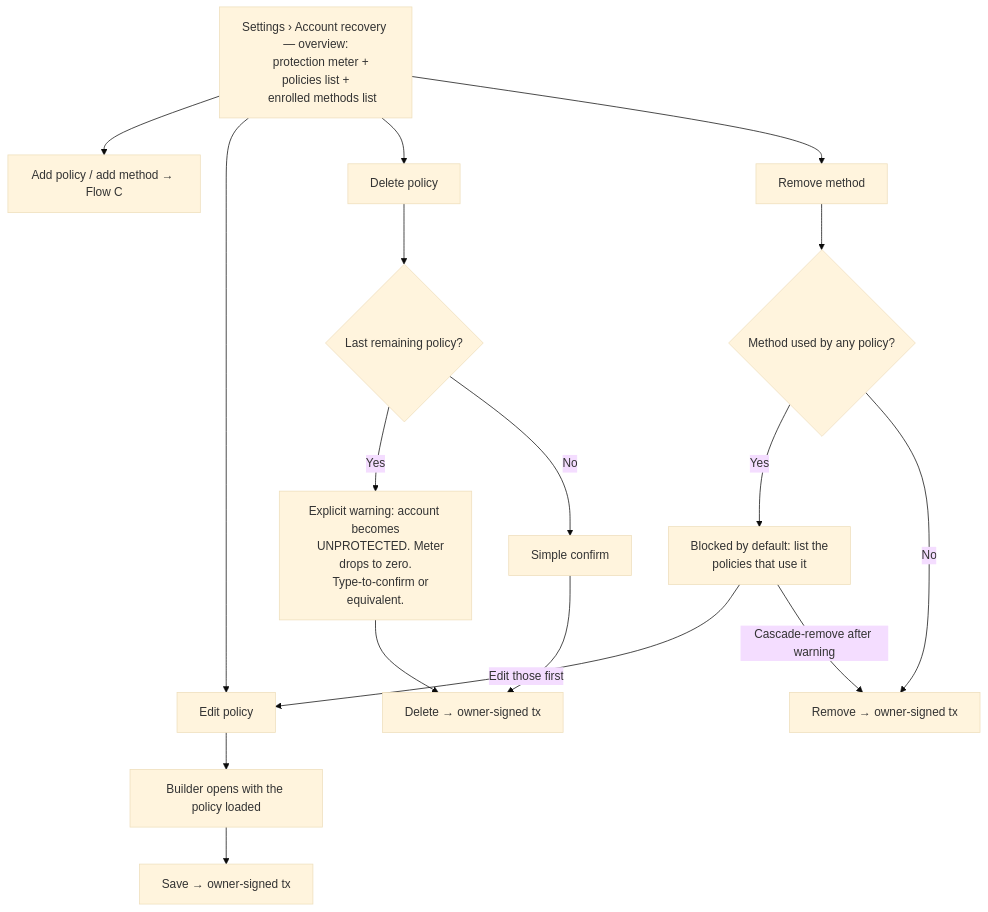
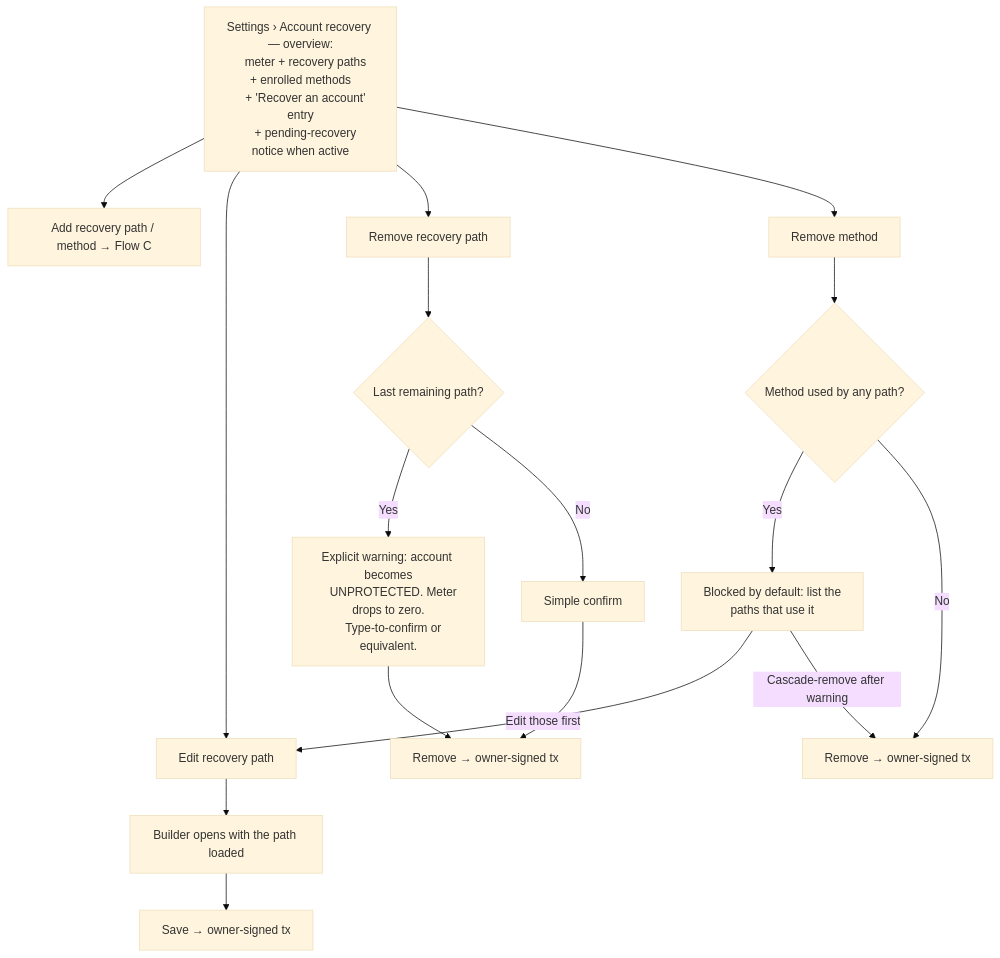
The tenth of 10 diagrams in social-recovery-ux-flows.md (FiboAtWonder/kohaku-extension), drawn with Mermaid (base theme) before and after one commit. The commit also changed other lines of this file, not shown here.

Commit message:
docs: apply approved 6-perspective review fixes to social recovery UX flows

````diff
--- a/social-recovery-ux-flows.md
+++ b/social-recovery-ux-flows.md
@@ -327,27 +449,28 @@
 ```mermaid
 flowchart TD
     A["Settings › Account recovery — overview:
-    protection meter + policies list +
-    enrolled methods list"] --> B[Add policy / add method → Flow C]
-    A --> C[Edit policy]
-    A --> D[Delete policy]
+    meter + recovery paths + enrolled methods
+    + 'Recover an account' entry
+    + pending-recovery notice when active"] --> B[Add recovery path / method → Flow C]
+    A --> C[Edit recovery path]
+    A --> D[Remove recovery path]
     A --> E[Remove method]
 
-    C --> C1[Builder opens with the policy loaded]
+    C --> C1[Builder opens with the path loaded]
     C1 --> C2[Save → owner-signed tx]
 
-    D --> D1{Last remaining policy?}
+    D --> D1{"Last remaining path?"}
     D1 -- Yes --> D2["Explicit warning: account becomes
     UNPROTECTED. Meter drops to zero.
     Type-to-confirm or equivalent."]
     D1 -- No --> D3[Simple confirm]
-    D2 --> D4[Delete → owner-signed tx]
+    D2 --> D4[Remove → owner-signed tx]
     D3 --> D4
 
-    E --> E1{"Method used by any policy?"}
+    E --> E1{"Method used by any path?"}
     E1 -- Yes --> E2["Blocked by default: list the
-    policies that use it"]
+    paths that use it"]
     E2 -->|Edit those first| C
     E2 -->|Cascade-remove after warning| E3
     E1 -- No --> E3[Remove → owner-signed tx]
 ```
````
